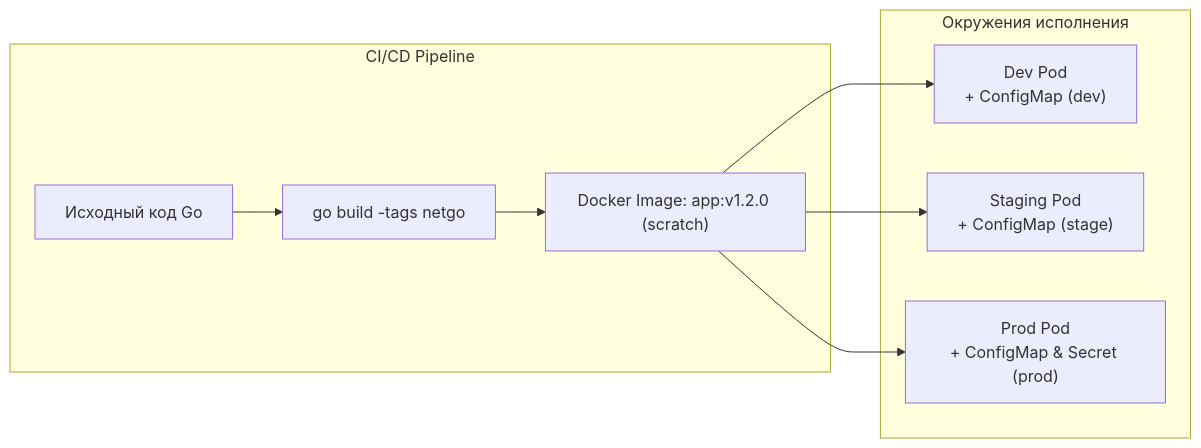
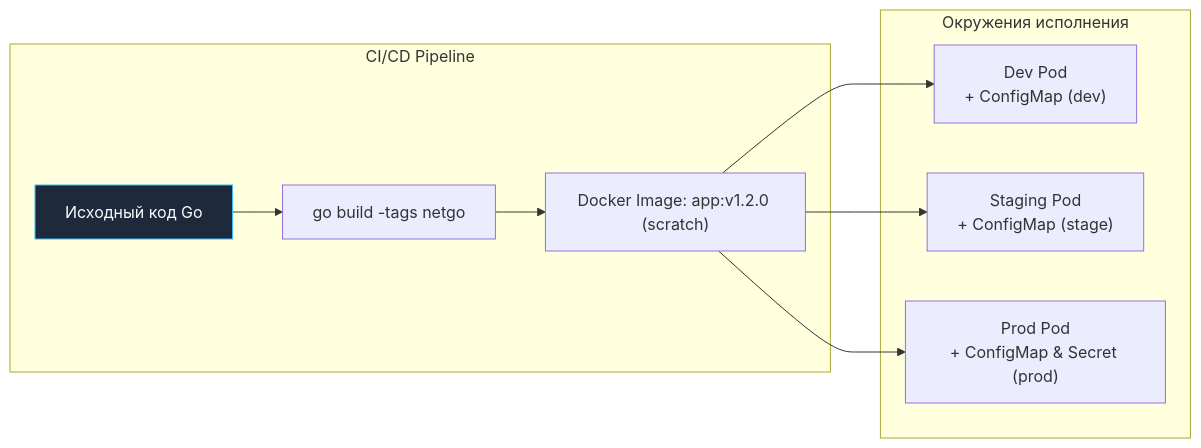
One commit to UnrealTemplier/go-textbook changed the first of 3 diagrams in sources/14. Распределенные системы на Go/07. Kubernetes и деплой/4. ConfigMap и Secret.md. Above: the diagram before and after it, drawn with Mermaid. The commit also changed other lines of this file and 1666 other files, not shown here.

First line of the commit message:
feat(mermaid): add semantic color classDef to 1369 colorless flowchart/graph diagrams

````diff
--- a/sources/14. Распределенные системы на Go/07. Kubernetes и деплой/4. ConfigMap и Secret.md
+++ b/sources/14. Распределенные системы на Go/07. Kubernetes и деплой/4. ConfigMap и Secret.md
@@ -12,13 +12,23 @@
 ```mermaid
 flowchart LR
+    classDef process  fill:#1e293b,stroke:#38bdf8,stroke-width:1px,color:#f8fafc
+    classDef success  fill:#064e3b,stroke:#34d399,stroke-width:1px,color:#f8fafc
+    classDef error    fill:#7f1d1d,stroke:#f87171,stroke-width:1px,color:#f8fafc
+    classDef warning  fill:#78350f,stroke:#fbbf24,stroke-width:1px,color:#f8fafc
+    classDef entry    fill:#1e3a5f,stroke:#38bdf8,stroke-width:2px,color:#f8fafc
+    classDef aux      fill:#334155,stroke:#64748b,stroke-width:1px,color:#f8fafc
+    classDef system   fill:#312e81,stroke:#a78bfa,stroke-width:1px,color:#f8fafc
+    classDef data     fill:#132d29,stroke:#2dd4bf,stroke-width:1px,color:#f8fafc
+    classDef network  fill:#881337,stroke:#fb7185,stroke-width:1px,color:#f8fafc
+    classDef accent   fill:#1e1b4b,stroke:#818cf8,stroke-width:1px,color:#f8fafc
     subgraph Build["CI/CD Pipeline"]
-        Source["Исходный код Go"] --> Compile["go build -tags netgo"]
+        Source["Исходный код Go"]:::process --> Compile["go build -tags netgo"]
         Compile --> Image["Docker Image: app:v1.2.0 (scratch)"]
     end
 
     subgraph Runtimes["Окружения исполнения"]
         Image --> Dev["Dev Pod\n+ ConfigMap (dev)"]
         Image --> Stage["Staging Pod\n+ ConfigMap (stage)"]
         Image --> Prod["Prod Pod\n+ ConfigMap & Secret (prod)"]
     end
 ```
````
